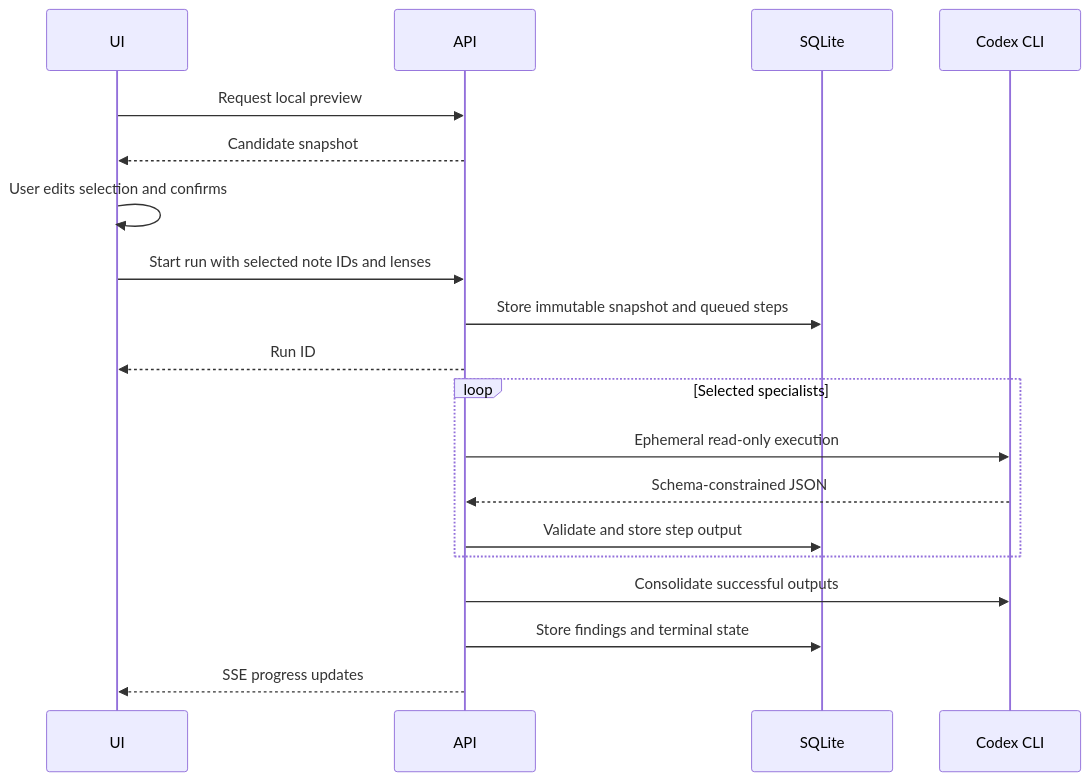
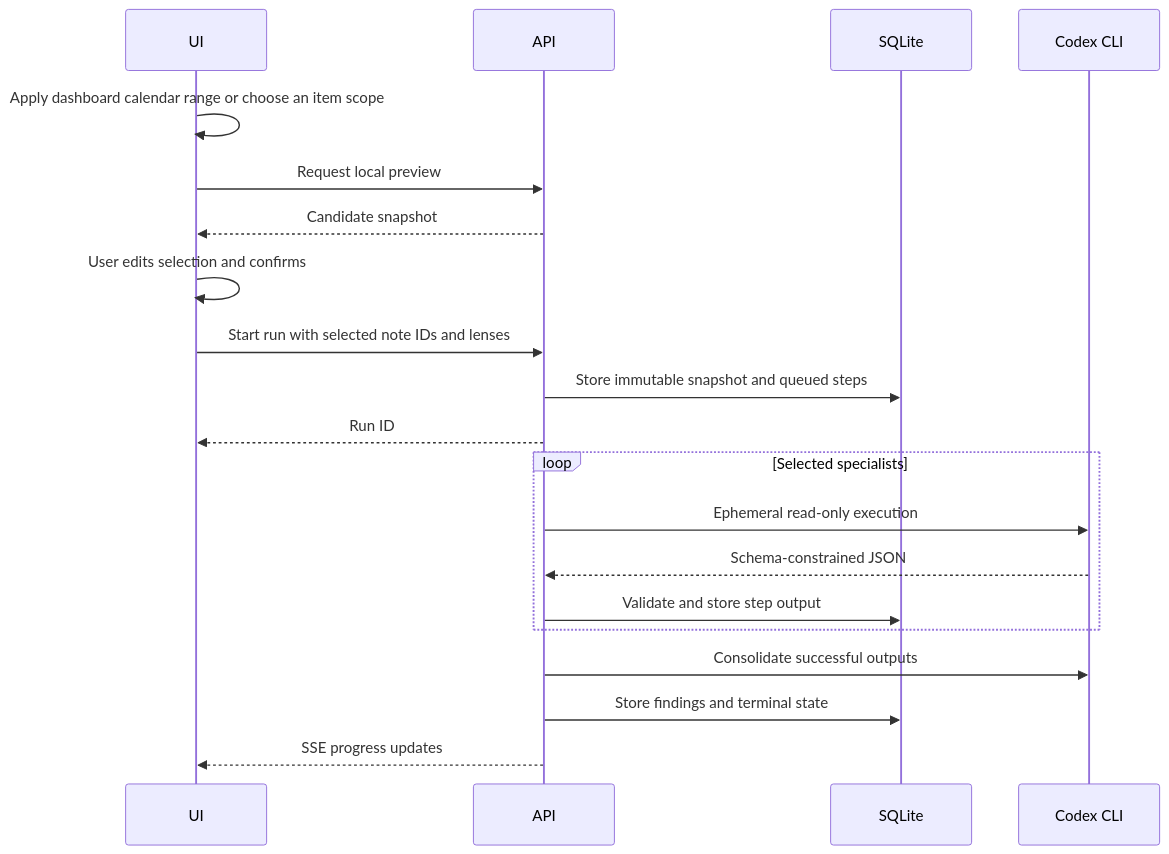
The third of 3 diagrams in docs/ARCHITECTURE.md (ohcarioca/staff-chief), drawn with Mermaid before and after one commit. The commit also changed other lines of this file and 34 other files, not shown here.

````diff
--- a/docs/ARCHITECTURE.md
+++ b/docs/ARCHITECTURE.md
@@ -92,21 +92,22 @@
 ```mermaid
 sequenceDiagram
     participant UI
     participant API
     participant DB as SQLite
     participant CLI as Codex CLI
+    UI->>UI: Apply dashboard calendar range or choose an item scope
     UI->>API: Request local preview
     API-->>UI: Candidate snapshot
     UI->>UI: User edits selection and confirms
     UI->>API: Start run with selected note IDs and lenses
     API->>DB: Store immutable snapshot and queued steps
     API-->>UI: Run ID
     loop Selected specialists
         API->>CLI: Ephemeral read-only execution
         CLI-->>API: Schema-constrained JSON
         API->>DB: Validate and store step output
     end
     API->>CLI: Consolidate successful outputs
     API->>DB: Store findings and terminal state
     API-->>UI: SSE progress updates
 ```
````
